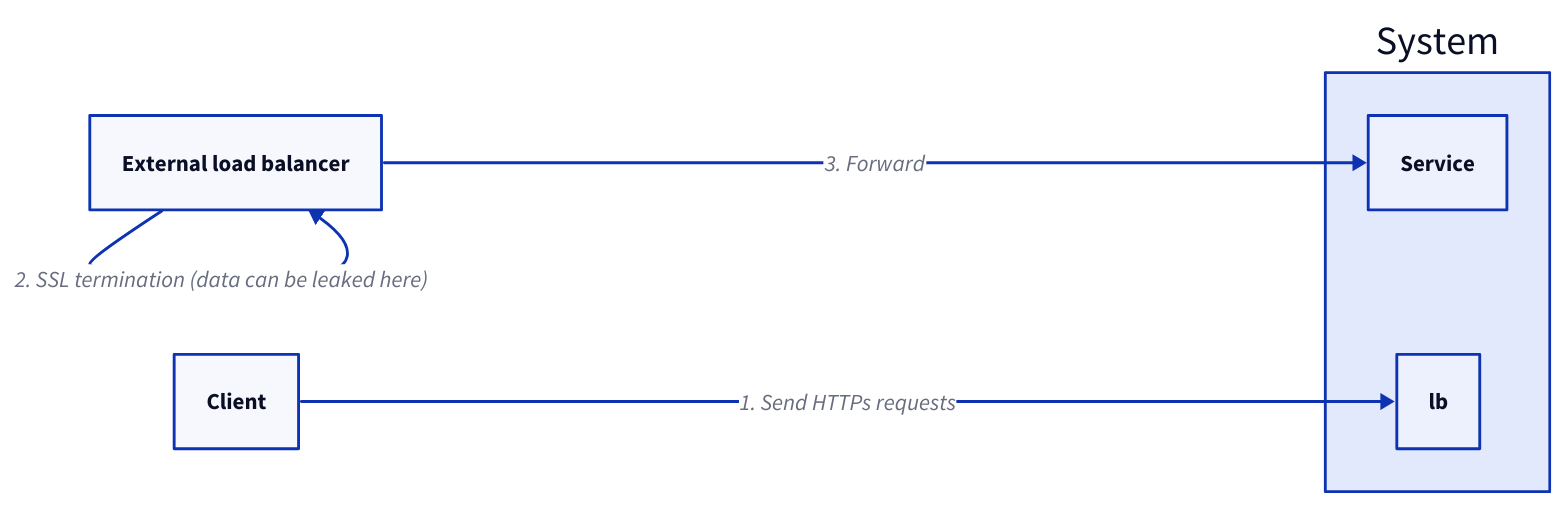
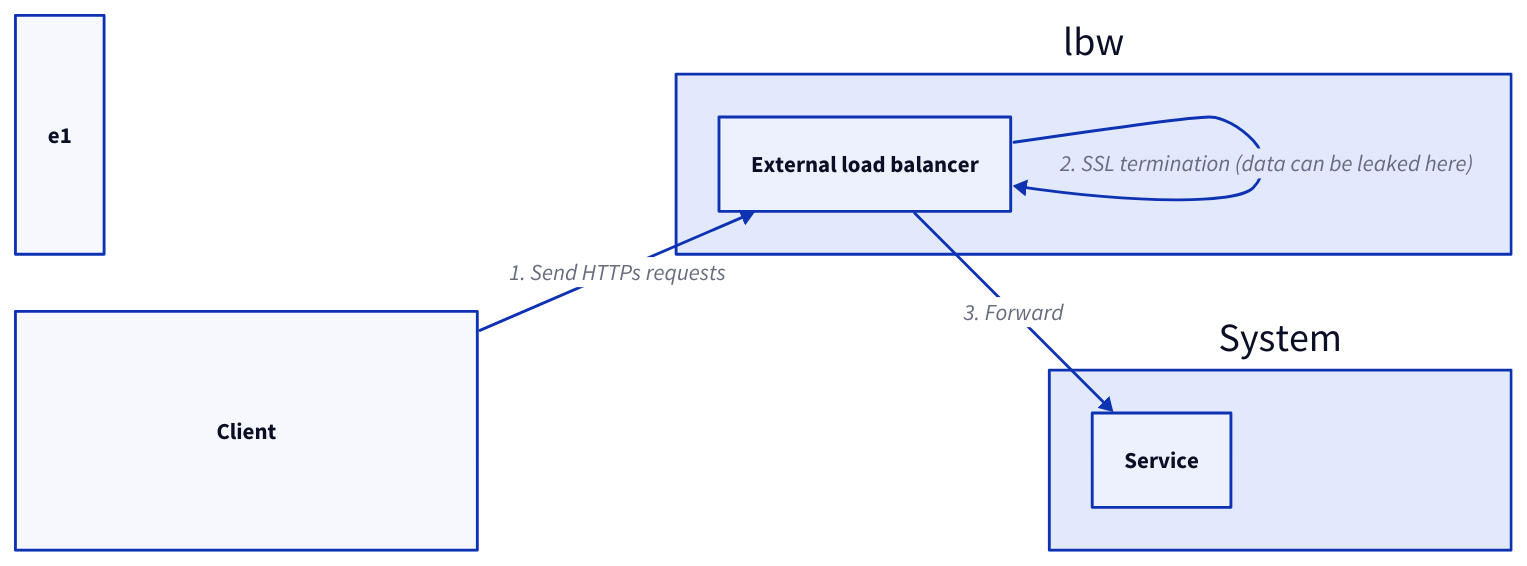
One commit to link1905/system-design-101 changed diagram 17 of 20 in content/docs/web-service/load-balancer.md. Above: the diagram before and after it, drawn with D2. The commit also changed other lines of this file and 14 other files, not shown here.

````diff
--- a/content/docs/web-service/load-balancer.md
+++ b/content/docs/web-service/load-balancer.md
@@ -574,20 +633,27 @@
 ```d2
-
-direction: right
-s: System {
-    sv: Service {
-        class: server
-    }
+grid-rows: 2
+horizontal-gap: 400
+e1 {
+  class: none
 }
-lb: External load balancer {
+lbw {
+  class: none
+  lb: External load balancer {
     class: lb
+  }
+  lb -> lb: 2. SSL termination (data can be leaked here) {
+    class: error-conn
+  }
 }
 c: Client {
   class: client
 }
-c -> s.lb: 1. Send HTTPs requests
-lb -> lb: 2. SSL termination (data can be leaked here) {
-  class: error-conn
+s: System {
+  sv: Service {
+    class: server
+  }
 }
-lb -> s.sv: 3. Forward
+
+c -> lbw.lb: 1. Send HTTPs requests
+lbw.lb -> s.sv: 3. Forward
 ```
````
